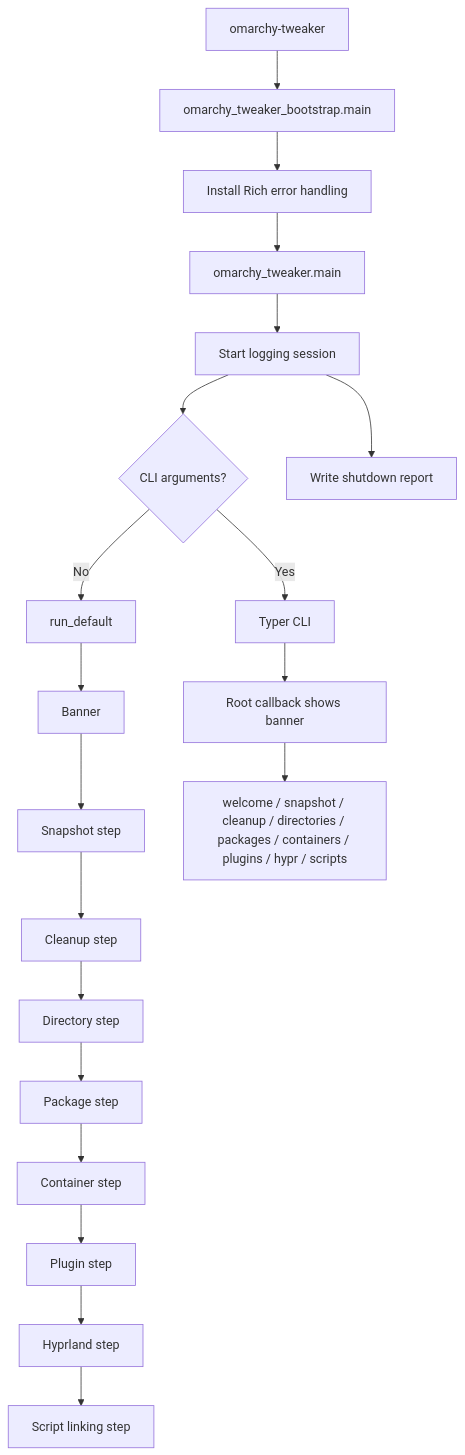
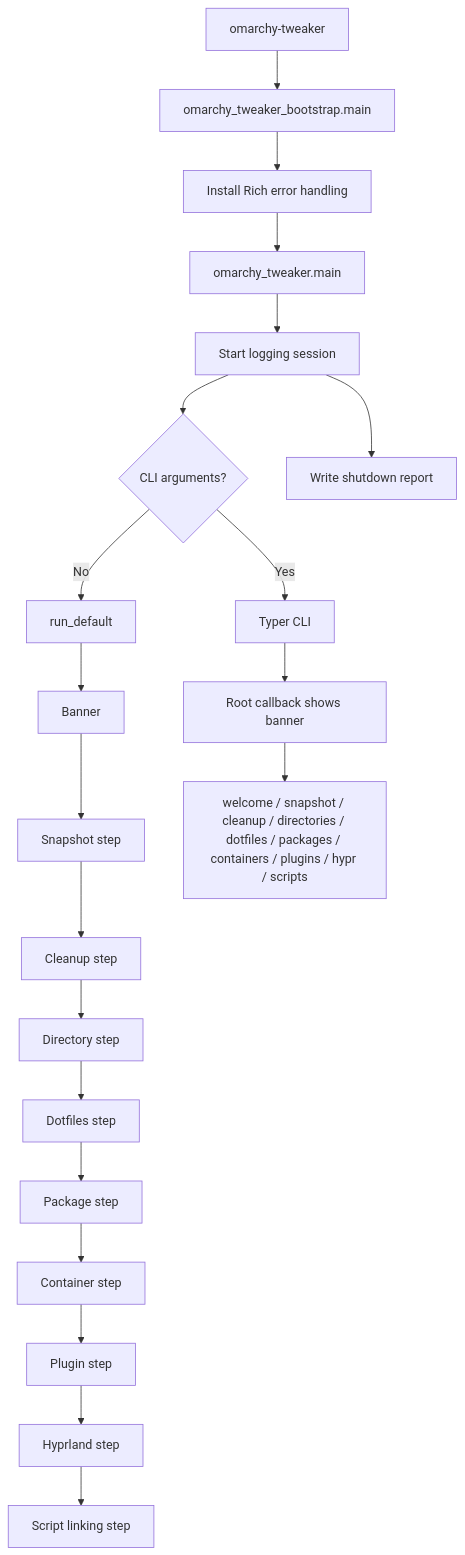
Before and after one commit to Armoghans-Organization/Omarchy-Tweaker: the first of 3 diagrams in docs/architecture.md, drawn with Mermaid. The commit also changed other lines of this file and 27 other files, not shown here.

````diff
--- a/docs/architecture.md
+++ b/docs/architecture.md
@@ -18,22 +18,23 @@
 ```mermaid
 flowchart TD
     A[omarchy-tweaker] --> B[omarchy_tweaker_bootstrap.main]
     B --> C[Install Rich error handling]
     C --> D[omarchy_tweaker.main]
     D --> E[Start logging session]
     E --> F{CLI arguments?}
     F -- No --> G[run_default]
     G --> H[Banner]
     H --> I[Snapshot step]
     I --> J[Cleanup step]
     J --> O[Directory step]
-    O --> P[Package step]
+    O --> U[Dotfiles step]
+    U --> P[Package step]
     P --> Q[Container step]
     Q --> R[Plugin step]
     R --> S[Hyprland step]
     S --> T[Script linking step]
     F -- Yes --> K[Typer CLI]
     K --> L[Root callback shows banner]
-    L --> M[welcome / snapshot / cleanup / directories / packages / containers / plugins / hypr / scripts]
+    L --> M[welcome / snapshot / cleanup / directories / dotfiles / packages / containers / plugins / hypr / scripts]
     E --> N[Write shutdown report]
 ```
````
